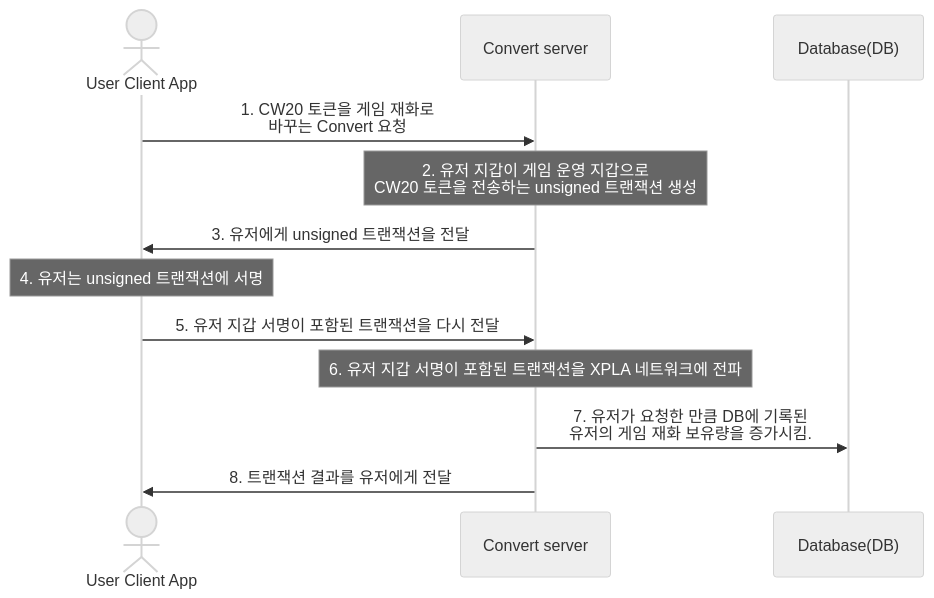
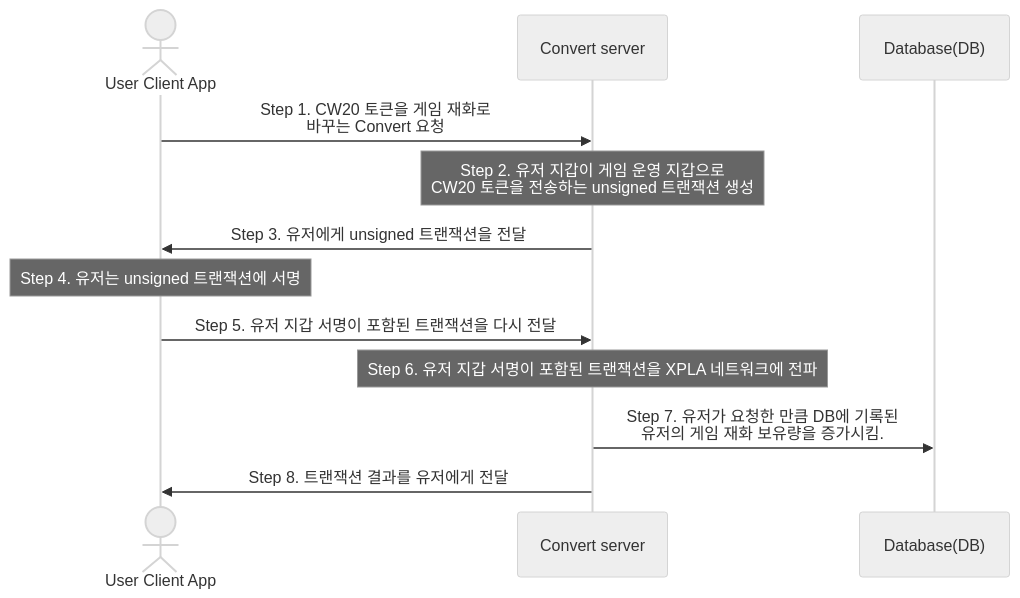
The second of 2 diagrams in docs/3-tutorial/3-deep-understand-xpla/5-convert.mdx (xpladev/academy), drawn with Mermaid (neutral theme) before and after one commit. The commit also changed other lines of this file and 1 other file, not shown here.

````diff
--- a/docs/3-tutorial/3-deep-understand-xpla/5-convert.mdx
+++ b/docs/3-tutorial/3-deep-understand-xpla/5-convert.mdx
@@ -305,14 +305,14 @@
 ```mermaid
 sequenceDiagram
     actor U as User Client App;
     participant C as Convert server;
     participant D as Database(DB);
-    U->>C: 1. CW20 토큰을 게임 재화로<br/> 바꾸는 Convert 요청 
-    Note over C: 2. 유저 지갑이 게임 운영 지갑으로<br/> CW20 토큰을 전송하는 unsigned 트랜잭션 생성
-    C->>U: 3. 유저에게 unsigned 트랜잭션을 전달
-    Note over U: 4. 유저는 unsigned 트랜잭션에 서명
-    U->>C: 5. 유저 지갑 서명이 포함된 트랜잭션을 다시 전달
-    Note over C: 6. 유저 지갑 서명이 포함된 트랜잭션을 XPLA 네트워크에 전파
-    C->>D: 7. 유저가 요청한 만큼 DB에 기록된<br/> 유저의 게임 재화 보유량을 증가시킴.
-    C->>U: 8. 트랜잭션 결과를 유저에게 전달
+    U->>C: Step 1. CW20 토큰을 게임 재화로<br/> 바꾸는 Convert 요청 
+    Note over C: Step 2. 유저 지갑이 게임 운영 지갑으로<br/> CW20 토큰을 전송하는 unsigned 트랜잭션 생성
+    C->>U: Step 3. 유저에게 unsigned 트랜잭션을 전달
+    Note over U: Step 4. 유저는 unsigned 트랜잭션에 서명
+    U->>C: Step 5. 유저 지갑 서명이 포함된 트랜잭션을 다시 전달
+    Note over C: Step 6. 유저 지갑 서명이 포함된 트랜잭션을 XPLA 네트워크에 전파
+    C->>D: Step 7. 유저가 요청한 만큼 DB에 기록된<br/> 유저의 게임 재화 보유량을 증가시킴.
+    C->>U: Step 8. 트랜잭션 결과를 유저에게 전달
 ```
````
